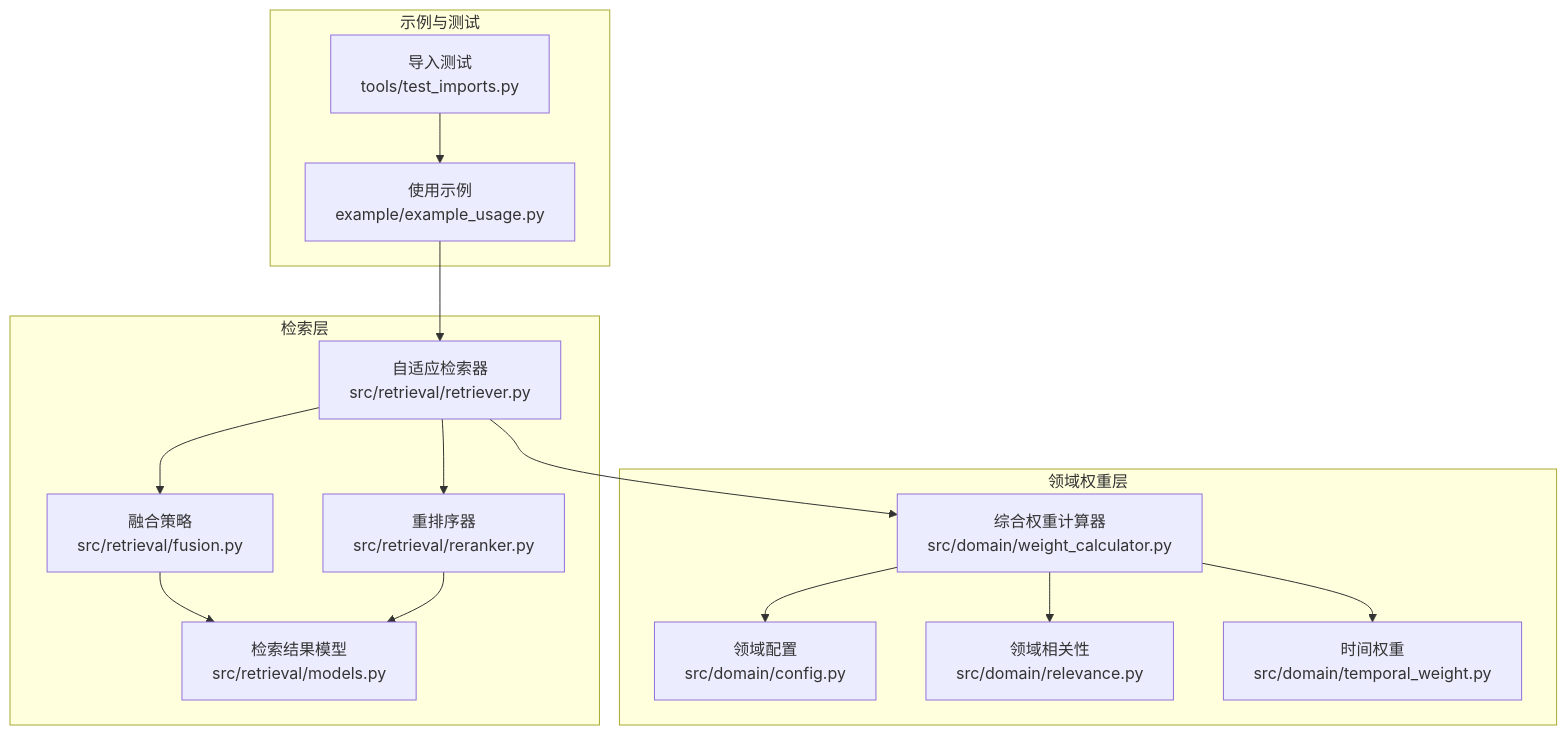
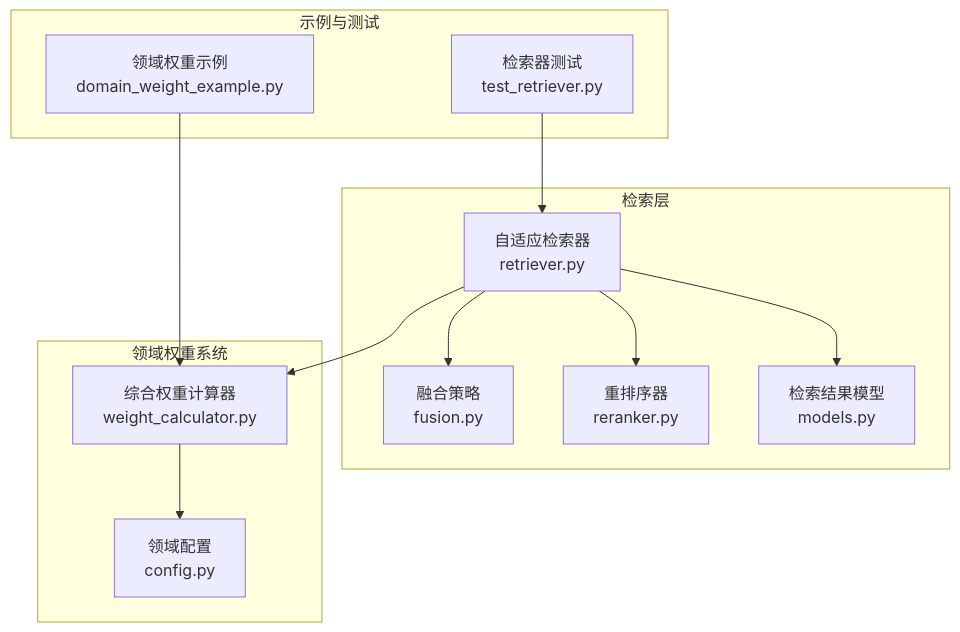
One commit to JieGaoPrinceton/NecoRAG changed the first of 4 diagrams in .qoder/repowiki/zh/content/检索引擎模块/结果融合策略.md. Above: the diagram before and after it, drawn with Mermaid. The commit also changed other lines of this file and 181 other files, not shown here.

````diff
--- a/.qoder/repowiki/zh/content/检索引擎模块/结果融合策略.md
+++ b/.qoder/repowiki/zh/content/检索引擎模块/结果融合策略.md
@@ -37,29 +38,24 @@
 ```mermaid
 graph TB
 subgraph "检索层"
-FUS["融合策略<br/>src/retrieval/fusion.py"]
-RET["自适应检索器<br/>src/retrieval/retriever.py"]
-RER["重排序器<br/>src/retrieval/reranker.py"]
-MOD["检索结果模型<br/>src/retrieval/models.py"]
+FUS["融合策略<br/>fusion.py"]
+RER["重排序器<br/>reranker.py"]
+RET["自适应检索器<br/>retriever.py"]
+MOD["检索结果模型<br/>models.py"]
 end
-subgraph "领域权重层"
-CFG["领域配置<br/>src/domain/config.py"]
-REL["领域相关性<br/>src/domain/relevance.py"]
-WCT["综合权重计算器<br/>src/domain/weight_calculator.py"]
-TWC["时间权重<br/>src/domain/temporal_weight.py"]
+subgraph "领域权重系统"
+WCAL["综合权重计算器<br/>weight_calculator.py"]
+WCFG["领域配置<br/>config.py"]
 end
 subgraph "示例与测试"
-EX["使用示例<br/>example/example_usage.py"]
-TI["导入测试<br/>tools/test_imports.py"]
+EX["领域权重示例<br/>domain_weight_example.py"]
+TST["检索器测试<br/>test_retriever.py"]
 end
 RET --> FUS
 RET --> RER
-FUS --> MOD
-RER --> MOD
-RET --> WCT
-WCT --> REL
-WCT --> TWC
-WCT --> CFG
-EX --> RET
-TI --> EX
+RET --> MOD
+RET --> WCAL
+WCAL --> WCFG
+EX --> WCAL
+TST --> RET
 ```
````
